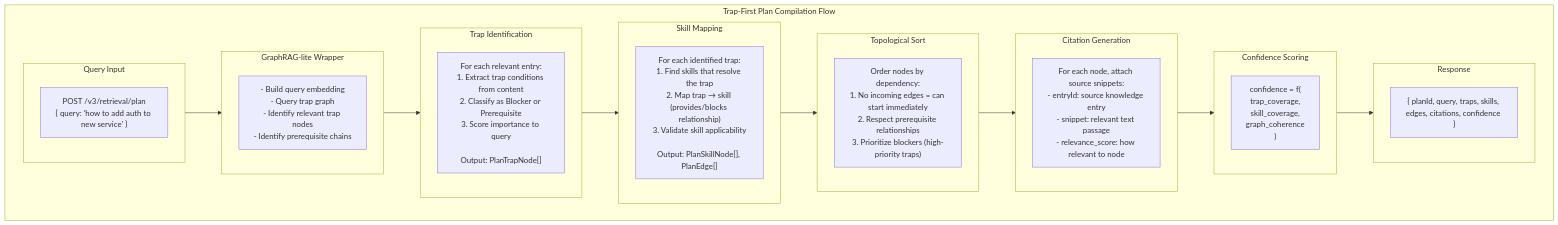
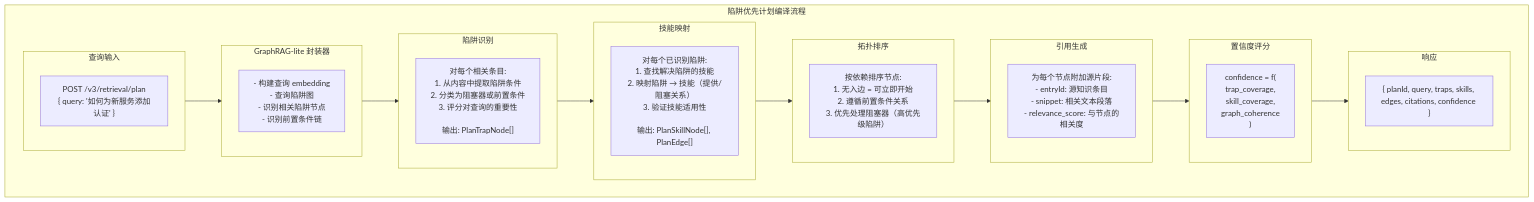
One commit to pofossette/TrapMap-for-vibing changed the eighth of 8 diagrams in docs/architecture/components/RETRIEVAL.md. Above: the diagram before and after it, drawn with Mermaid. The commit also changed other lines of this file and 11 other files, not shown here.

First line of the commit message:
docs: 转换 ASCII 框图为 Mermaid flowchart tb + subgraph，翻译已有 Mermaid 图表为简体中文

````diff
--- a/docs/architecture/components/RETRIEVAL.md
+++ b/docs/architecture/components/RETRIEVAL.md
@@ -317,38 +317,38 @@
 ```mermaid
 flowchart TB
-    subgraph TrapFirstPlan["Trap-First Plan Compilation Flow"]
-        subgraph Query["Query Input"]
-            A["POST /v3/retrieval/plan\n{ query: 'how to add auth to new service' }"]
+    subgraph TrapFirstPlan["陷阱优先计划编译流程"]
+        subgraph Query["查询输入"]
+            A["POST /v3/retrieval/plan\n{ query: '如何为新服务添加认证' }"]
         end
 
-        subgraph GraphRAG["GraphRAG-lite Wrapper"]
-            B["- Build query embedding\n- Query trap graph\n- Identify relevant trap nodes\n- Identify prerequisite chains"]
+        subgraph GraphRAG["GraphRAG-lite 封装器"]
+            B["- 构建查询 embedding\n- 查询陷阱图\n- 识别相关陷阱节点\n- 识别前置条件链"]
         end
 
-        subgraph Traps["Trap Identification"]
-            C["For each relevant entry:\n1. Extract trap conditions from content\n2. Classify as Blocker or Prerequisite\n3. Score importance to query\n\nOutput: PlanTrapNode[]"]
+        subgraph Traps["陷阱识别"]
+            C["对每个相关条目:\n1. 从内容中提取陷阱条件\n2. 分类为阻塞器或前置条件\n3. 评分对查询的重要性\n\n输出: PlanTrapNode[]"]
         end
 
-        subgraph Skills["Skill Mapping"]
-            D["For each identified trap:\n1. Find skills that resolve the trap\n2. Map trap → skill (provides/blocks relationship)\n3. Validate skill applicability\n\nOutput: PlanSkillNode[], PlanEdge[]"]
+        subgraph Skills["技能映射"]
+            D["对每个已识别陷阱:\n1. 查找解决陷阱的技能\n2. 映射陷阱 → 技能（提供/阻塞关系）\n3. 验证技能适用性\n\n输出: PlanSkillNode[], PlanEdge[]"]
         end
 
-        subgraph TopoSort["Topological Sort"]
-            E["Order nodes by dependency:\n1. No incoming edges = can start immediately\n2. Respect prerequisite relationships\n3. Prioritize blockers (high-priority traps)"]
+        subgraph TopoSort["拓扑排序"]
+            E["按依赖排序节点:\n1. 无入边 = 可立即开始\n2. 遵循前置条件关系\n3. 优先处理阻塞器（高优先级陷阱）"]
         end
 
-        subgraph Citations["Citation Generation"]
-            F["For each node, attach source snippets:\n- entryId: source knowledge entry\n- snippet: relevant text passage\n- relevance_score: how relevant to node"]
+        subgraph Citations["引用生成"]
+            F["为每个节点附加源片段:\n- entryId: 源知识条目\n- snippet: 相关文本段落\n- relevance_score: 与节点的相关度"]
         end
 
-        subgraph Confidence["Confidence Scoring"]
+        subgraph Confidence["置信度评分"]
             G["confidence = f(\n  trap_coverage,\n  skill_coverage,\n  graph_coherence\n)"]
         end
 
-        subgraph Response["Response"]
+        subgraph Response["响应"]
             H["{ planId, query, traps, skills, edges, citations, confidence }"]
         end
 
         Query --> GraphRAG --> Traps --> Skills --> TopoSort --> Citations --> Confidence --> Response
     end
 ```
````
